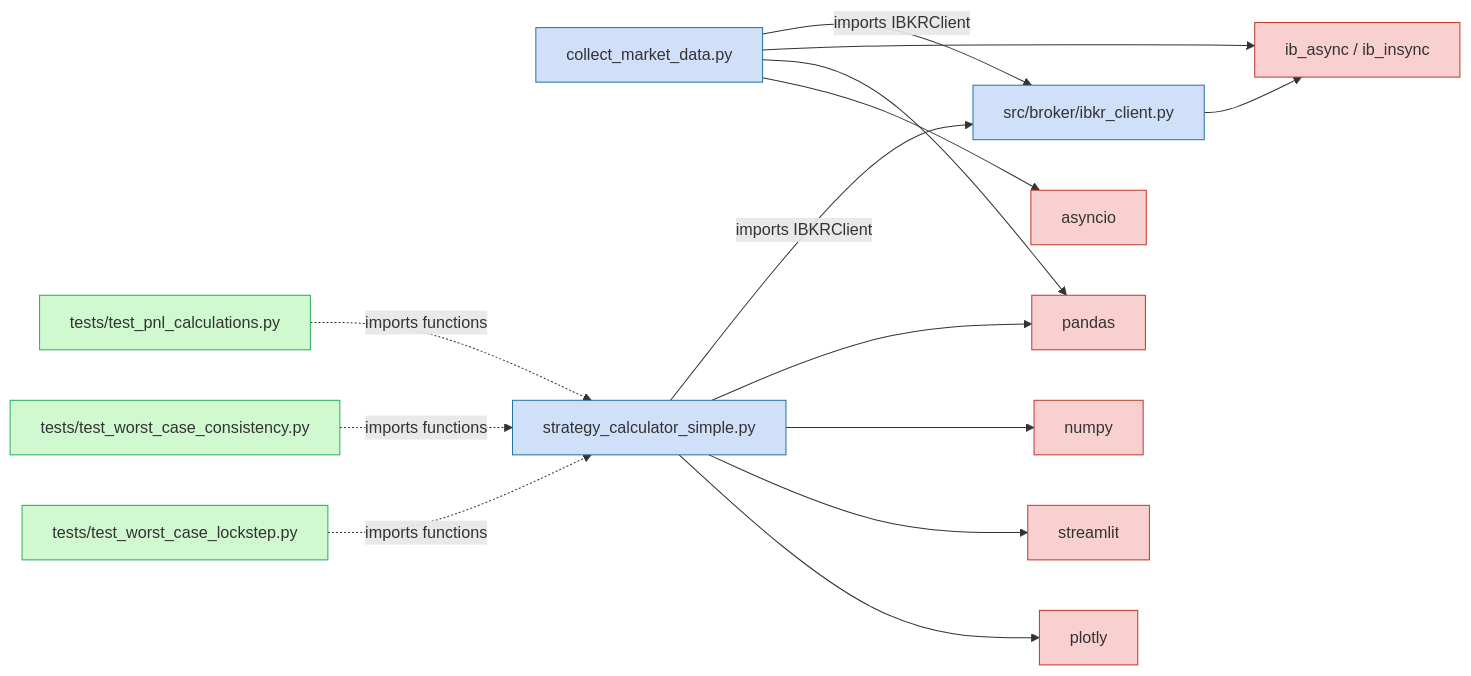
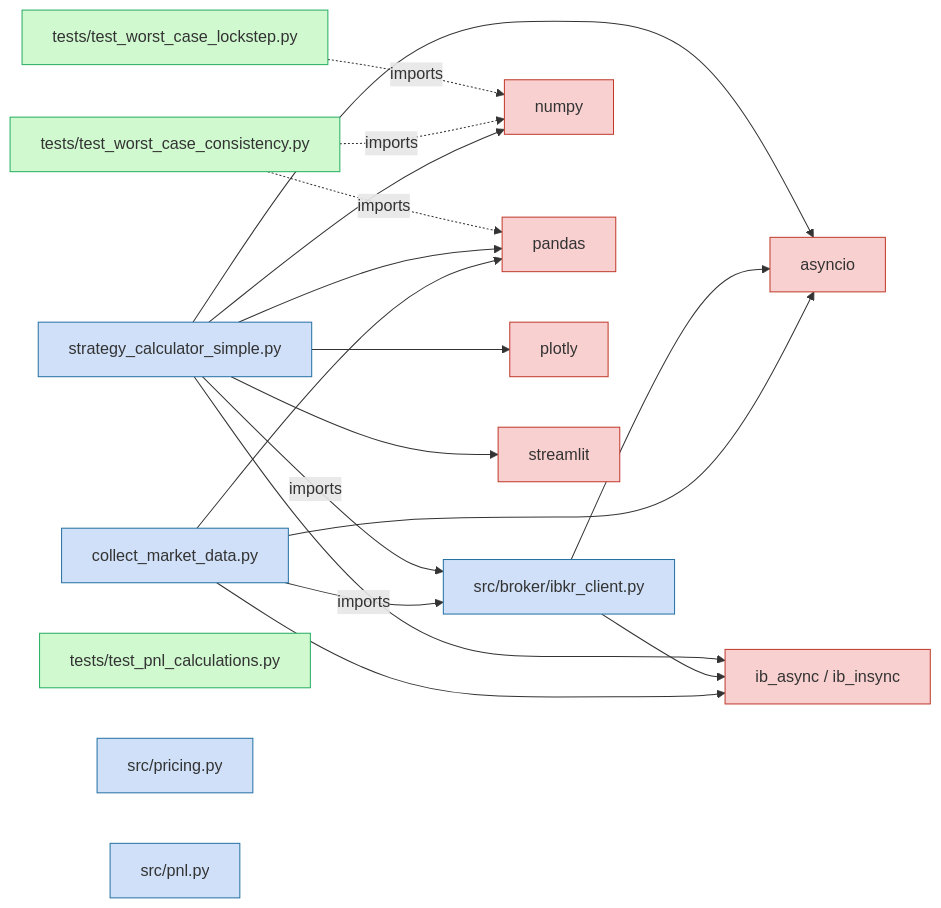
One commit to johnnyohwishingtree/optionsarbitrage changed the diagram in docs/architecture/module-dependencies.mmd. Above: the diagram before and after it, drawn with Mermaid. The commit also changed 12 other files, not shown here.

```diff
--- a/docs/architecture/module-dependencies.mmd
+++ b/docs/architecture/module-dependencies.mmd
@@ -1,47 +1,53 @@
 %% Module Dependencies — Import/dependency graph
-%% Updated: 2026-02-07
+%% Auto-generated by scripts/gen_arch_deps.py on 2026-02-12
+%% Do not edit manually — changes will be overwritten on next commit
 
 graph LR
     %% Modules
     MOD_collect["collect_market_data.py"]:::module
+    MOD_ibkrClient["src/broker/ibkr_client.py"]:::module
     MOD_strategy["strategy_calculator_simple.py"]:::module
-    MOD_ibkrClient["src/broker/ibkr_client.py"]:::module
+    TEST_consistency["tests/test_worst_case_consistency.py"]:::function
+    TEST_lockstep["tests/test_worst_case_lockstep.py"]:::function
+    TEST_pnl["tests/test_pnl_calculations.py"]:::function
+
+    %% Discovered modules (not in standard map)
+    MOD_pricing["src/pricing.py"]:::module
+    MOD_pnl["src/pnl.py"]:::module
 
     %% External libraries
+    LIB_asyncio["asyncio"]:::external
     LIB_ibAsync["ib_async / ib_insync"]:::external
+    LIB_numpy["numpy"]:::external
     LIB_pandas["pandas"]:::external
-    LIB_numpy["numpy"]:::external
+    LIB_plotly["plotly"]:::external
     LIB_streamlit["streamlit"]:::external
-    LIB_plotly["plotly"]:::external
-    LIB_asyncio["asyncio"]:::external
-
-    %% Test files
-    TEST_pnl["tests/test_pnl_calculations.py"]:::function
-    TEST_consistency["tests/test_worst_case_consistency.py"]:::function
-    TEST_lockstep["tests/test_worst_case_lockstep.py"]:::function
 
     %% Module → Module imports
-    MOD_collect -->|"imports IBKRClient"| MOD_ibkrClient
-    MOD_strategy -->|"imports IBKRClient"| MOD_ibkrClient
+    MOD_collect -->|"imports"| MOD_ibkrClient
+    MOD_strategy -->|"imports"| MOD_ibkrClient
 
     %% Module → Library imports
-    MOD_ibkrClient --> LIB_ibAsync
+    MOD_collect --> LIB_asyncio
     MOD_collect --> LIB_ibAsync
     MOD_collect --> LIB_pandas
-    MOD_collect --> LIB_asyncio
+    MOD_ibkrClient --> LIB_asyncio
+    MOD_ibkrClient --> LIB_ibAsync
+    MOD_strategy --> LIB_asyncio
+    MOD_strategy --> LIB_ibAsync
+    MOD_strategy --> LIB_numpy
     MOD_strategy --> LIB_pandas
-    MOD_strategy --> LIB_numpy
+    MOD_strategy --> LIB_plotly
     MOD_strategy --> LIB_streamlit
-    MOD_strategy --> LIB_plotly
 
     %% Test → Module dependencies (dashed)
-    TEST_pnl -.->|"imports functions"| MOD_strategy
-    TEST_consistency -.->|"imports functions"| MOD_strategy
-    TEST_lockstep -.->|"imports functions"| MOD_strategy
+    TEST_consistency -.->|"imports"| LIB_numpy
+    TEST_consistency -.->|"imports"| LIB_pandas
+    TEST_lockstep -.->|"imports"| LIB_numpy
 
     %% Style definitions
     classDef external  fill:#f9d0d0,stroke:#c0392b,color:#333
     classDef module    fill:#d0e0f9,stroke:#2471a3,color:#333
     classDef function  fill:#d0f9d0,stroke:#27ae60,color:#333
     classDef data      fill:#f9e4d0,stroke:#e67e22,color:#333
     classDef tab       fill:#e0d0f9,stroke:#8e44ad,color:#333
```
